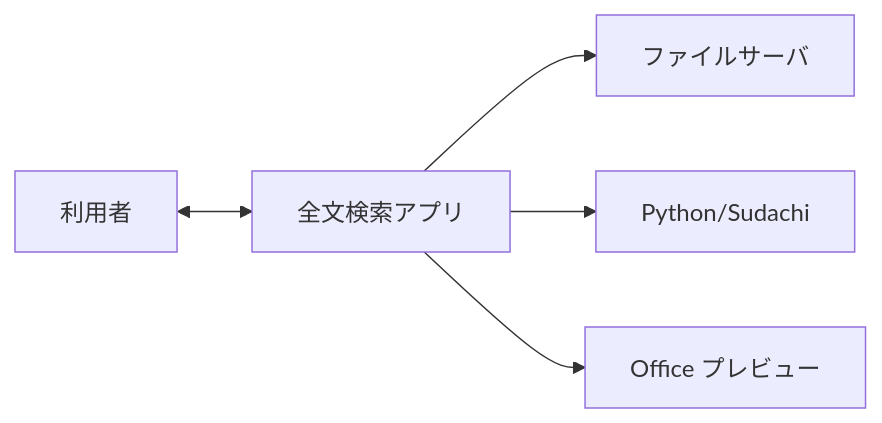
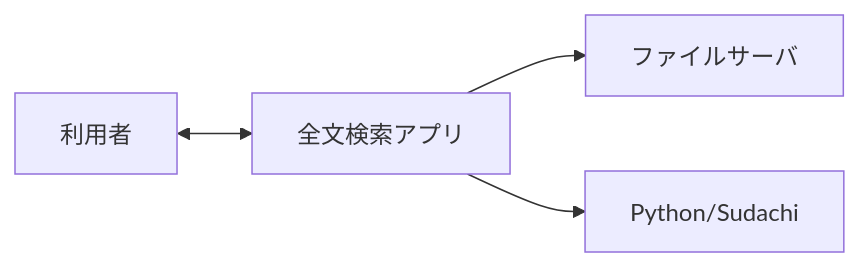
Before and after one commit to zndmonya-dot/FileSearchApp-: the first of 3 diagrams in docs/外部設計.md, drawn with Mermaid. The commit also changed other lines of this file and 1 other file, not shown here.

````diff
--- a/docs/外部設計.md
+++ b/docs/外部設計.md
@@ -13,12 +13,10 @@
 ```mermaid
 flowchart LR
   User[利用者]
   App[全文検索アプリ]
   FileServer[ファイルサーバ]
   Python[Python/Sudachi]
-  Office[Office プレビュー]
   User <--> App
   App --> FileServer
   App --> Python
-  App --> Office
 ```
````
